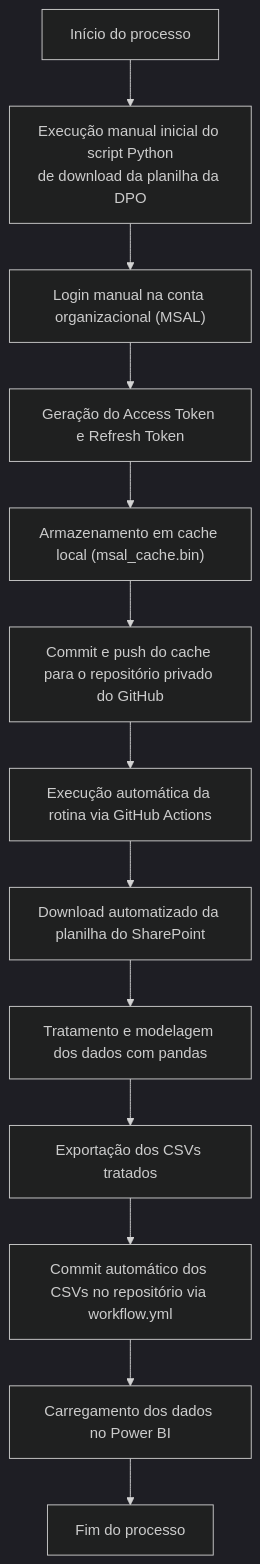
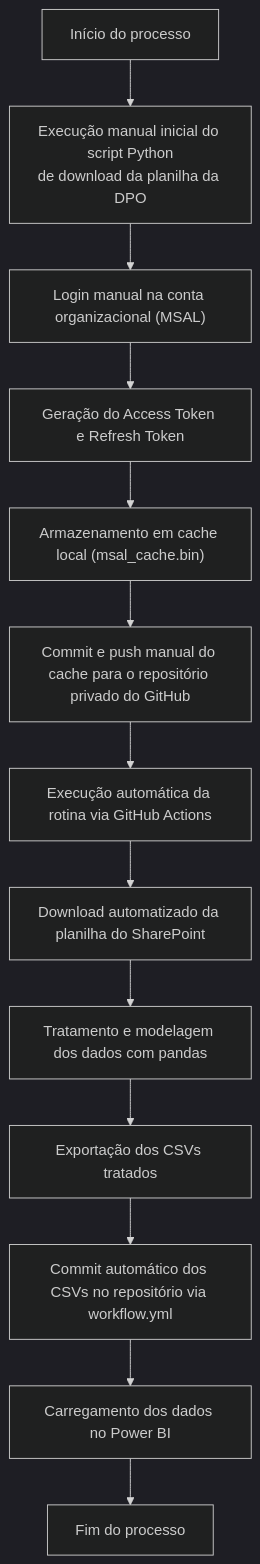
One commit to SPF-SEPLAG/docs-spf changed the diagram in docs/dashboards/dpo/fluxo_geral.md. Above: the diagram before and after it, drawn with Mermaid (dark theme). The commit also changed other lines of this file and 6 other files, not shown here.

```diff
--- a/docs/dashboards/dpo/fluxo_geral.md
+++ b/docs/dashboards/dpo/fluxo_geral.md
@@ -77,15 +83,15 @@
 <div class="mermaid">
 flowchart TD
 A["Início do processo"] --> B["Execução manual inicial do script Python<br>de download da planilha da DPO"]
 B --> C["Login manual na conta organizacional (MSAL)"]
 C --> D["Geração do Access Token e Refresh Token"]
 D --> E["Armazenamento em cache local (msal_cache.bin)"]
-E --> F["Commit e push do cache para o repositório privado do GitHub"]
+E --> F["Commit e push manual do cache para o repositório privado do GitHub"]
 F --> G["Execução automática da rotina via GitHub Actions"]
 G --> H["Download automatizado da planilha do SharePoint"]
 H --> I["Tratamento e modelagem dos dados com pandas"]
 I --> J["Exportação dos CSVs tratados"]
 J --> K["Commit automático dos CSVs no repositório via workflow.yml"]
 K --> L["Carregamento dos dados no Power BI"]
 L --> M["Fim do processo"]
 </div>
```
